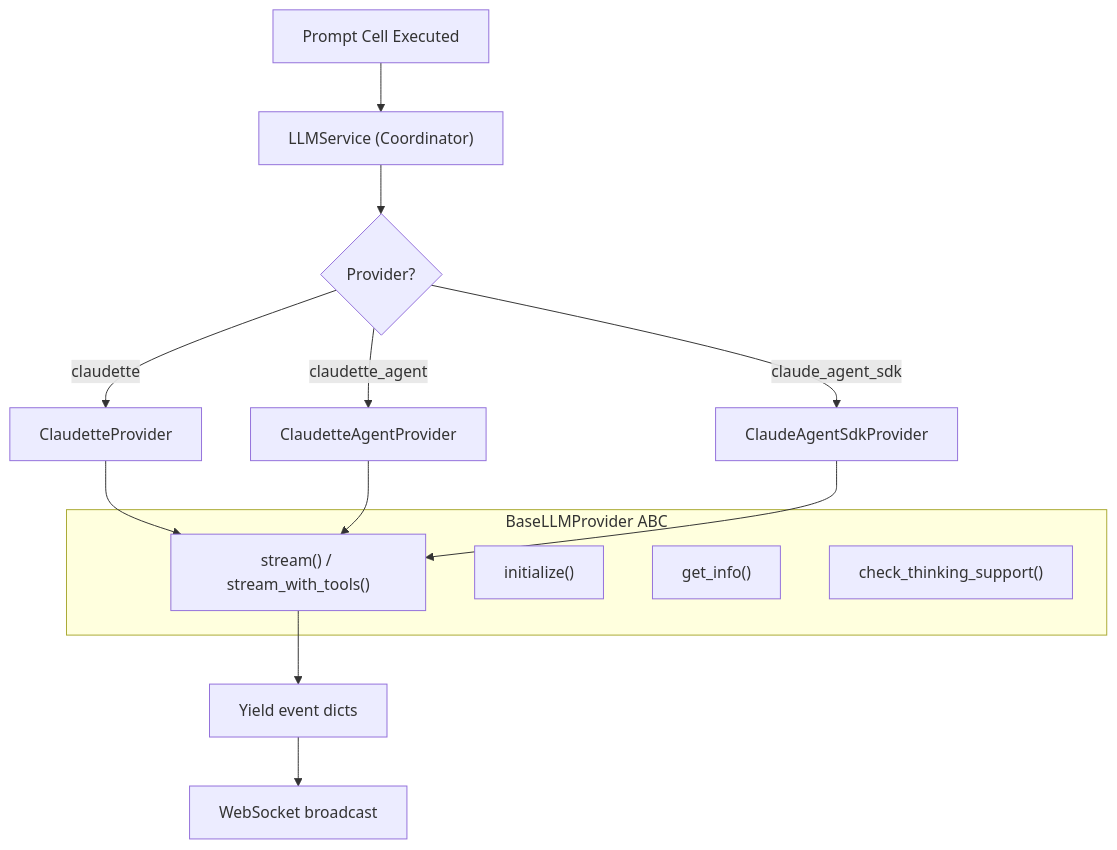
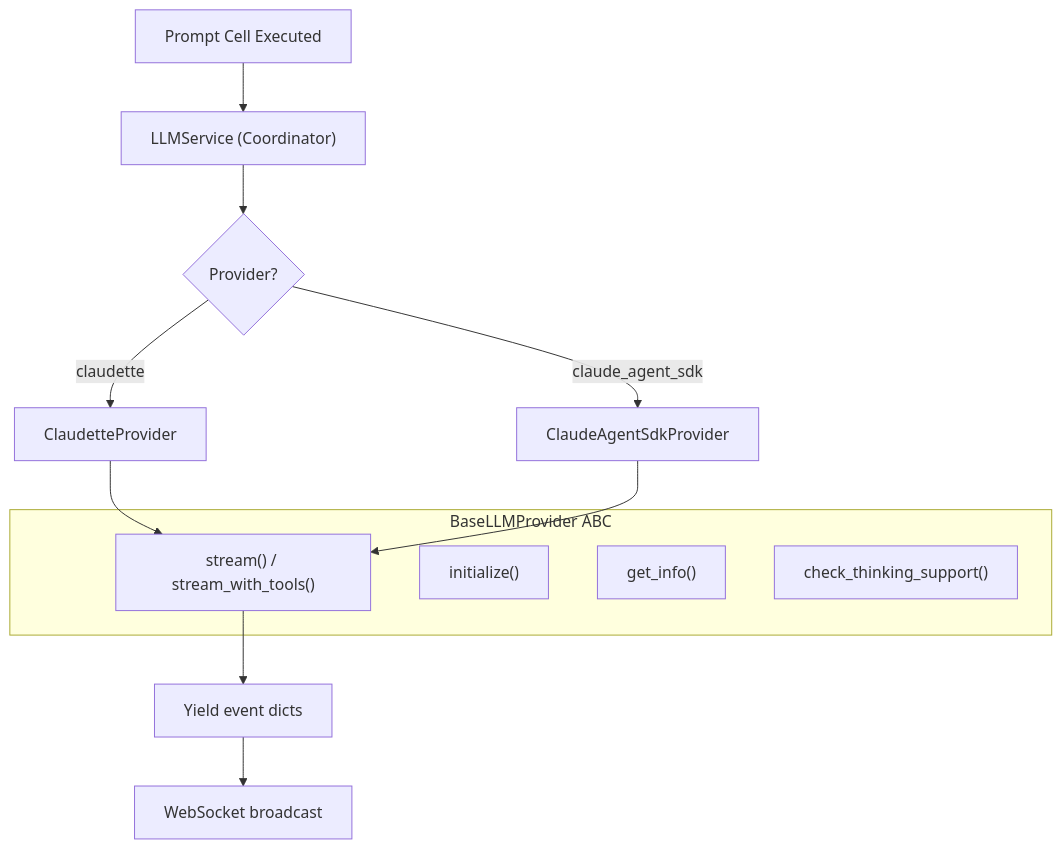
One commit to sgaseretto/solveish changed the sixth of 9 diagrams in docs/how_it_works/06_llm_integration.md. Above: the diagram before and after it, drawn with Mermaid. The commit also changed other lines of this file and 33 other files, not shown here.

````diff
--- a/docs/how_it_works/06_llm_integration.md
+++ b/docs/how_it_works/06_llm_integration.md
@@ -441,22 +437,20 @@
 ```mermaid
 flowchart TD
     A["Prompt Cell Executed"] --> B["LLMService (Coordinator)"]
     B --> C{Provider?}
     C -->|claudette| D["ClaudetteProvider"]
-    C -->|claudette_agent| E["ClaudetteAgentProvider"]
     C -->|claude_agent_sdk| F["ClaudeAgentSdkProvider"]
 
     D --> G["stream() / stream_with_tools()"]
-    E --> G
     F --> G
 
     G --> H["Yield event dicts"]
     H --> I["WebSocket broadcast"]
 
     subgraph "BaseLLMProvider ABC"
         G
         J["initialize()"]
         K["get_info()"]
         L["check_thinking_support()"]
     end
 ```
````
